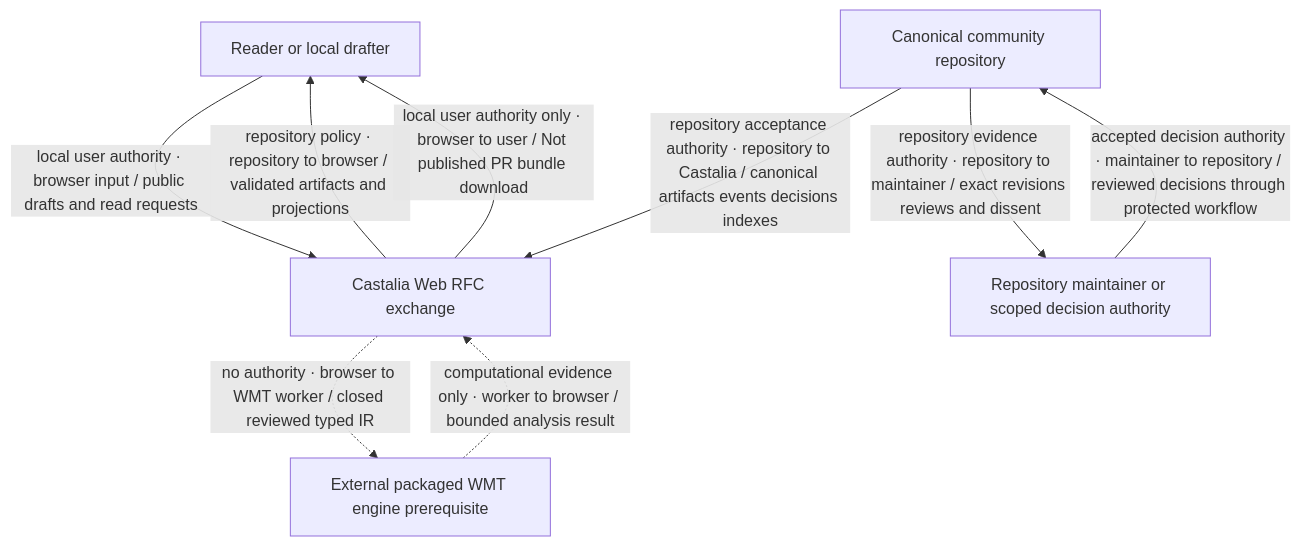
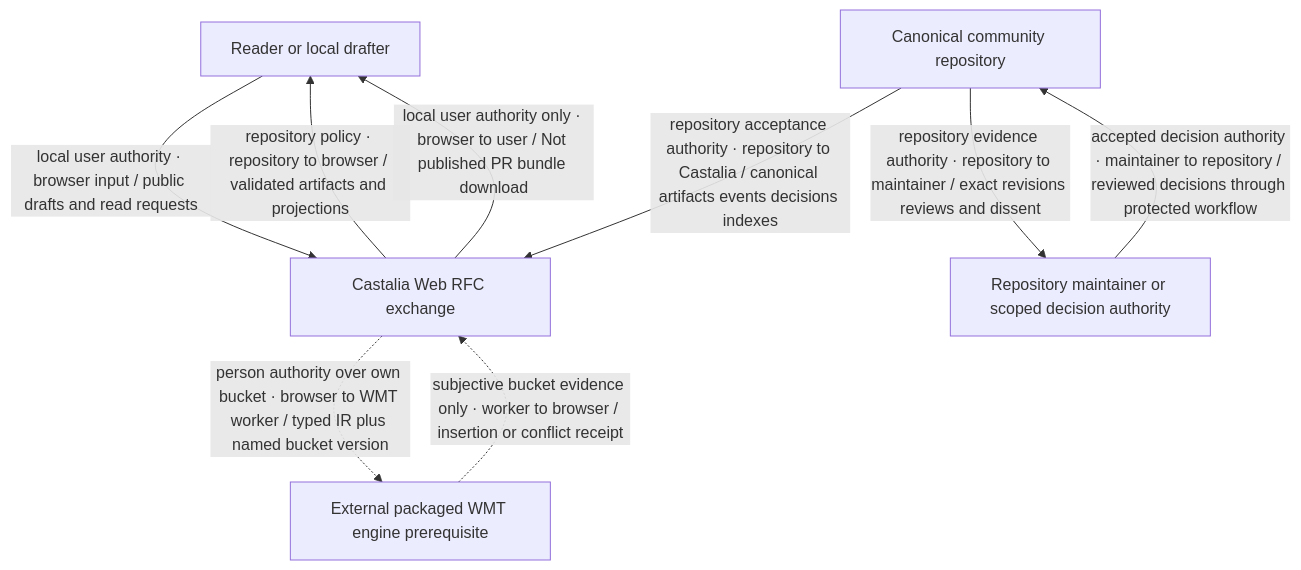
One commit to bananawalnut/castalia-web changed the first of 9 diagrams in docs/architecture/rfc-exchange.md. Above: the diagram before and after it, drawn with Mermaid. The commit also changed other lines of this file and 3 other files, not shown here.

Commit message:
docs: define person-scoped WMT bucket evidence

````diff
--- a/docs/architecture/rfc-exchange.md
+++ b/docs/architecture/rfc-exchange.md
@@ -123,17 +125,17 @@
 ```mermaid
 flowchart TB
   Reader[Reader or local drafter]
   Castalia[Castalia Web RFC exchange]
   Repo[Canonical community repository]
   Maintainer[Repository maintainer or scoped decision authority]
   WMT[External packaged WMT engine prerequisite]
 
   Reader -->|local user authority · browser input / public drafts and read requests| Castalia
   Castalia -->|repository policy · repository to browser / validated artifacts and projections| Reader
   Repo -->|repository acceptance authority · repository to Castalia / canonical artifacts events decisions indexes| Castalia
   Castalia -->|local user authority only · browser to user / Not published PR bundle download| Reader
   Maintainer -->|accepted decision authority · maintainer to repository / reviewed decisions through protected workflow| Repo
   Repo -->|repository evidence authority · repository to maintainer / exact revisions reviews and dissent| Maintainer
-  Castalia -.->|no authority · browser to WMT worker / closed reviewed typed IR| WMT
-  WMT -.->|computational evidence only · worker to browser / bounded analysis result| Castalia
+  Castalia -.->|person authority over own bucket · browser to WMT worker / typed IR plus named bucket version| WMT
+  WMT -.->|subjective bucket evidence only · worker to browser / insertion or conflict receipt| Castalia
 ```
````
